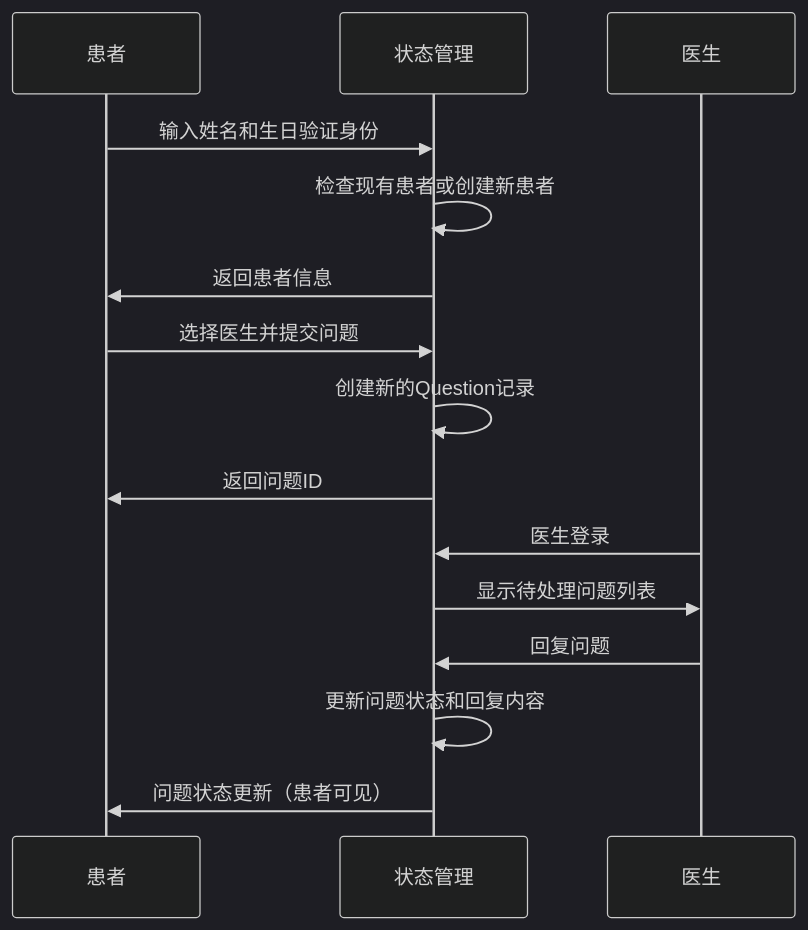
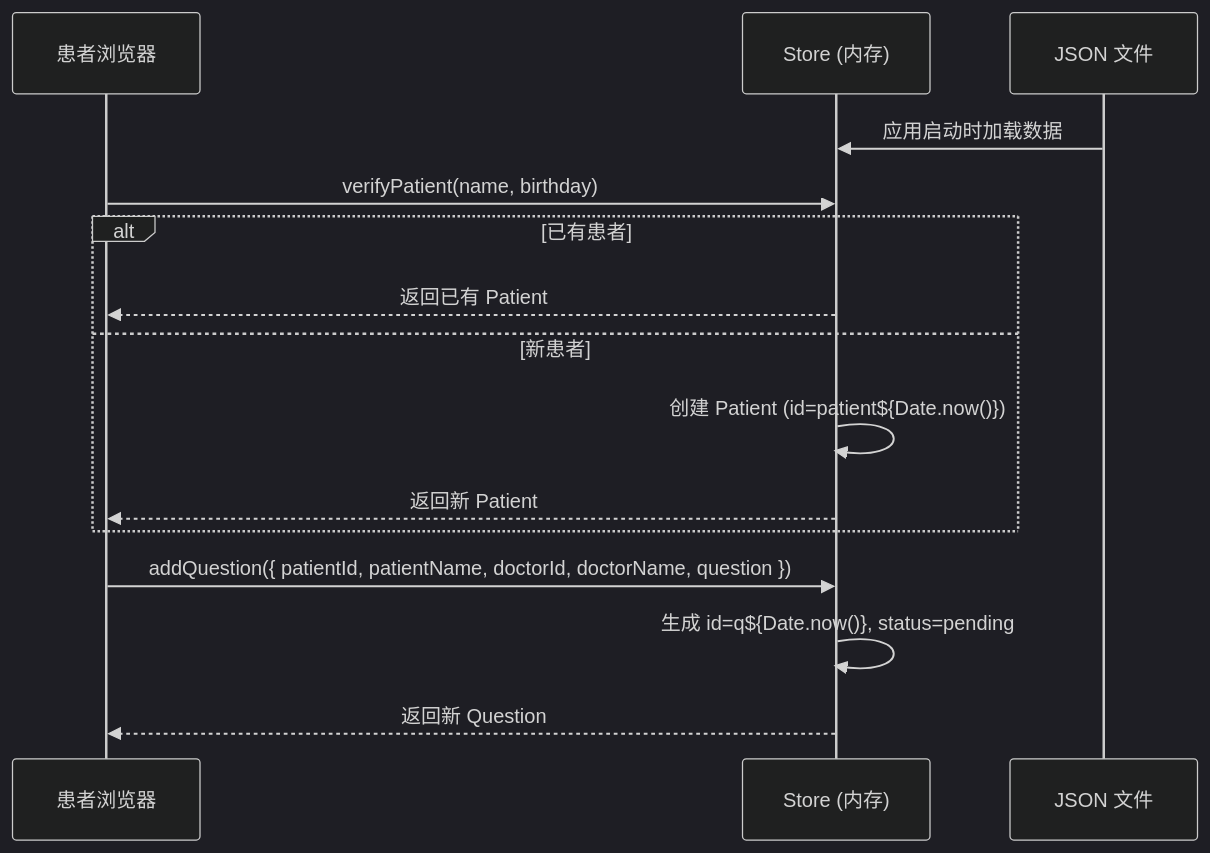
Before and after one commit to fanleiotot/qa-live-healthcare-interview: the second of 4 diagrams in .asdm/contexts/data-models.md, drawn with Mermaid (dark theme). The commit also changed other lines of this file and 2 other files, not shown here.

````diff
--- a/.asdm/contexts/data-models.md
+++ b/.asdm/contexts/data-models.md
@@ -236,20 +238,20 @@
 ```mermaid
 sequenceDiagram
-    participant P as 患者
-    participant S as 状态管理
-    participant D as 医生
-    
-    P->>S: 输入姓名和生日验证身份
-    S->>S: 检查现有患者或创建新患者
-    S->>P: 返回患者信息
-    
-    P->>S: 选择医生并提交问题
-    S->>S: 创建新的Question记录
-    S->>P: 返回问题ID
-    
-    D->>S: 医生登录
-    S->>D: 显示待处理问题列表
-    D->>S: 回复问题
-    S->>S: 更新问题状态和回复内容
-    S->>P: 问题状态更新（患者可见）
+    participant P as 患者浏览器
+    participant S as Store (内存)
+    participant J as JSON 文件
+
+    J->>S: 应用启动时加载数据
+
+    P->>S: verifyPatient(name, birthday)
+    alt 已有患者
+        S-->>P: 返回已有 Patient
+    else 新患者
+        S->>S: 创建 Patient (id=patient${Date.now()})
+        S-->>P: 返回新 Patient
+    end
+
+    P->>S: addQuestion({ patientId, patientName, doctorId, doctorName, question })
+    S->>S: 生成 id=q${Date.now()}, status=pending
+    S-->>P: 返回新 Question
 ```
````
